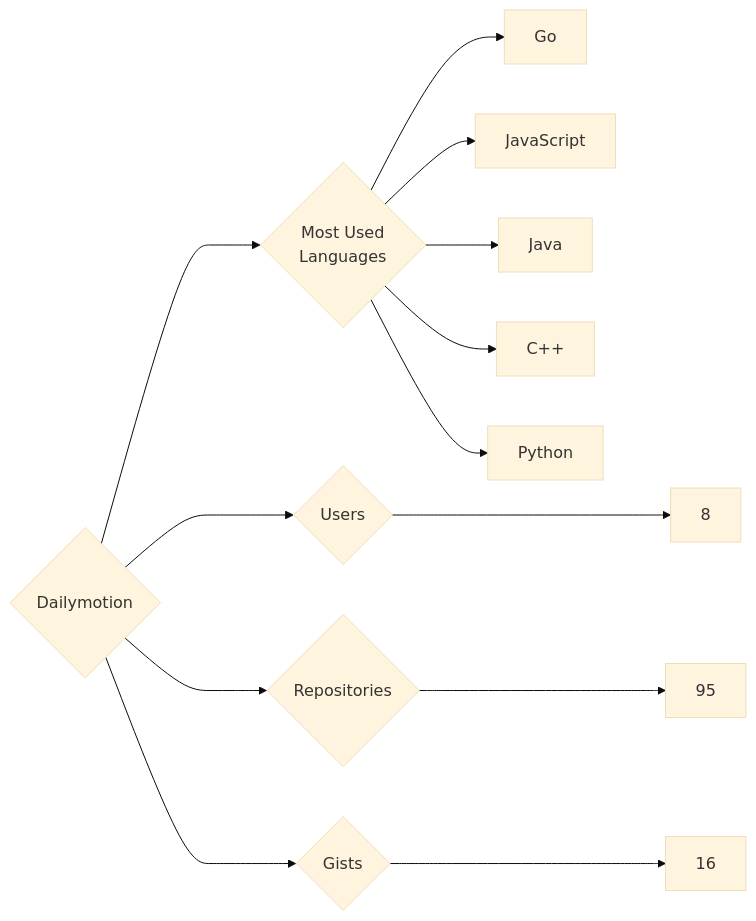
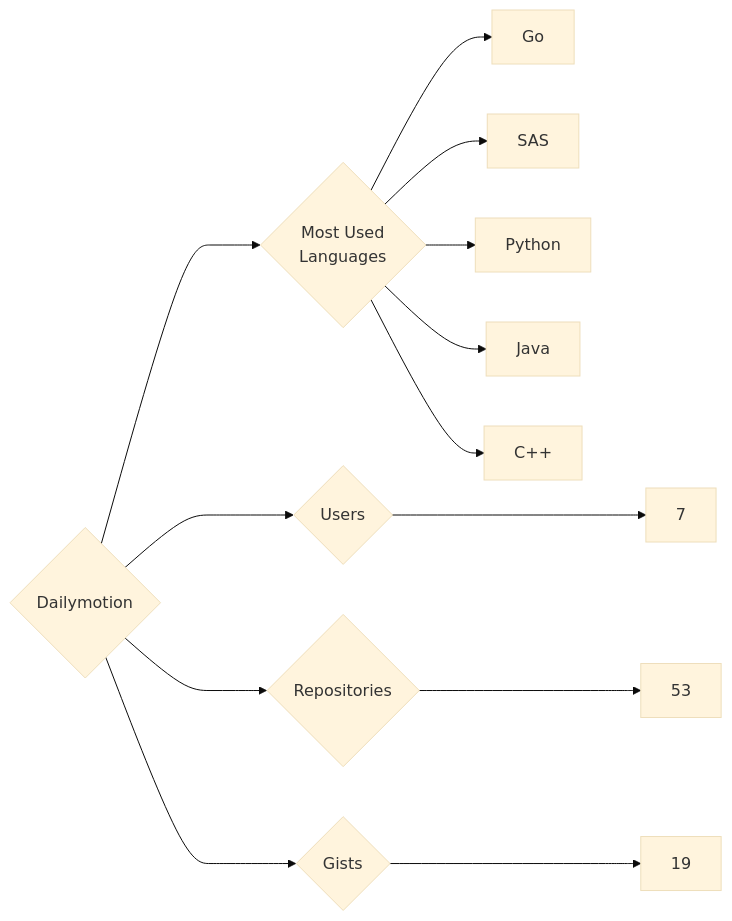
One commit to trickest/insiders changed the diagram in targets/Dailymotion/README.md. Above: the diagram before and after it, drawn with Mermaid (base theme). The commit also changed 1120 other files, not shown here.

````diff
--- a/targets/Dailymotion/README.md
+++ b/targets/Dailymotion/README.md
@@ -3,13 +3,13 @@
 ```mermaid
 graph LR
 COMPANY_NAME{Dailymotion}
-COMPANY_NAME ---> U{Users} ---> UN[8]
-COMPANY_NAME ---> R{Repositories} ---> RN[95]
-COMPANY_NAME ---> G{Gists} ---> GN[16]
+COMPANY_NAME ---> U{Users} ---> UN[7]
+COMPANY_NAME ---> R{Repositories} ---> RN[53]
+COMPANY_NAME ---> G{Gists} ---> GN[19]
 COMPANY_NAME ---> ML{Most Used<br>Languages}
 ML --> Go[Go]
-ML --> JavaScript[JavaScript]
+ML --> SAS[SAS]
+ML --> Python[Python]
 ML --> Java[Java]
 ML --> C++[C++]
-ML --> Python[Python]
 ```
````
